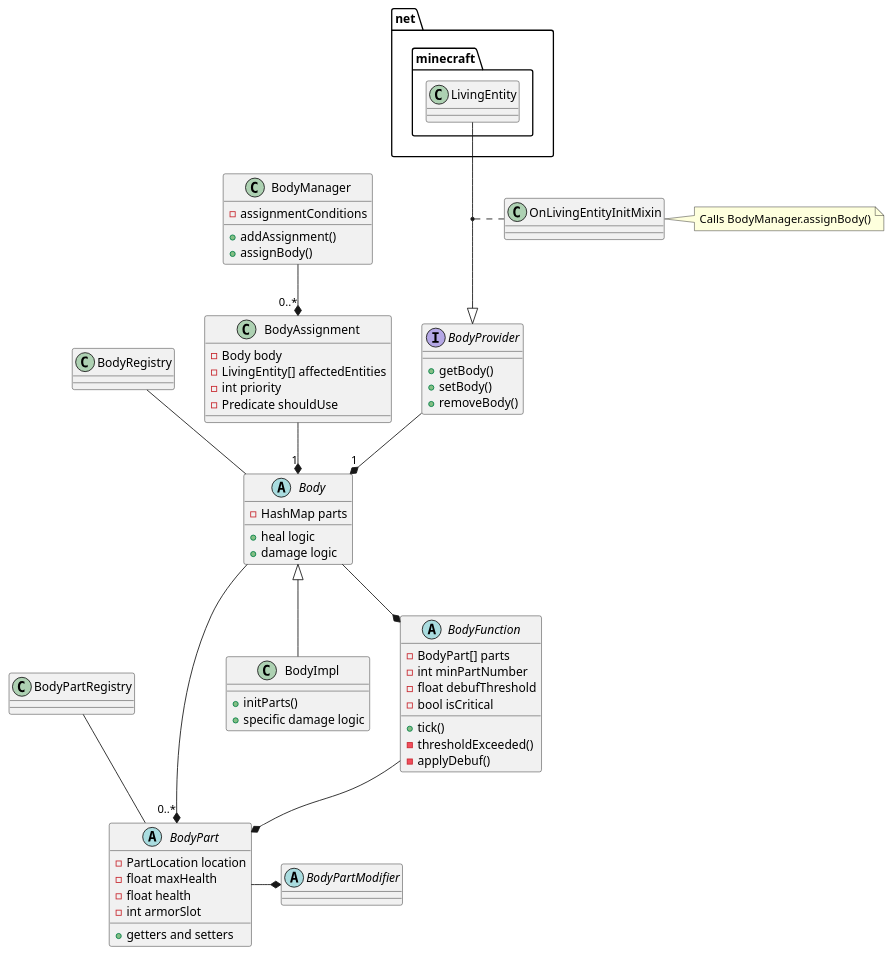
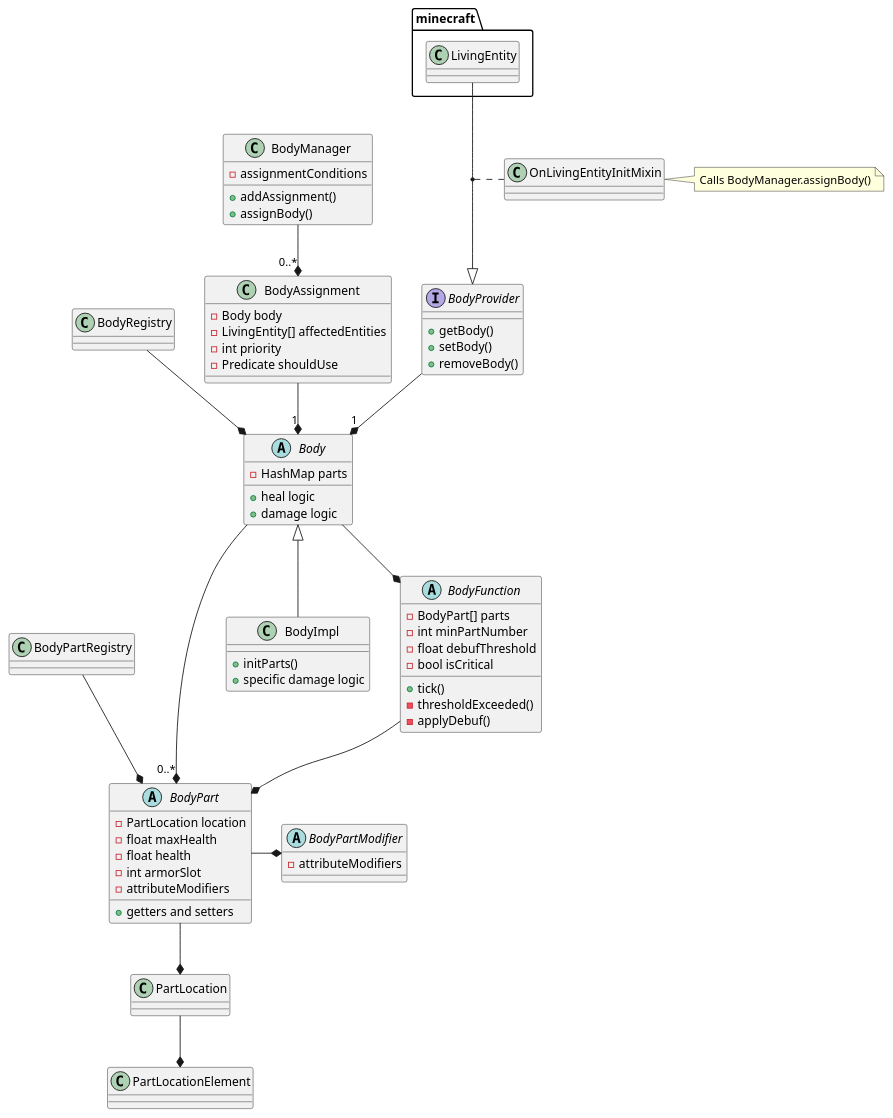
The diagram in docs/uml/dev.puml (SrGnis/Body-Health-System), drawn with PlantUML before and after one commit. The commit also changed 1 other file, not shown here.

```diff
--- a/docs/uml/dev.puml
+++ b/docs/uml/dev.puml
@@ -1,73 +1,81 @@
 @startuml
 'https://plantuml.com/class-diagram
-package net.minecraft{
+package minecraft{
     class LivingEntity
 }
 
 abstract class Body{
     - HashMap parts
     + {method} heal logic
     + {method} damage logic
 }
 class BodyRegistry{
 }
 abstract class BodyPart{
     - PartLocation location
     - float maxHealth
     - float health
     - int armorSlot
+    - attributeModifiers
     + {method}getters and setters
 }
 abstract class BodyPartModifier{
-
+    - attributeModifiers
 }
 class BodyPartRegistry{
 }
 class BodyImpl extends Body{
     + initParts()
     + {method} specific damage logic
 }
 
 class OnLivingEntityInitMixin
 note right: Calls BodyManager.assignBody()
 class BodyManager{
     - assignmentConditions
     + addAssignment()
     + assignBody()
 }
 class BodyAssignment{
     - Body body
     - LivingEntity[] affectedEntities
     - int priority
     - Predicate shouldUse
 }
 interface BodyProvider{
     + getBody()
     + setBody()
     + removeBody()
 }
 abstract class BodyFunction{
     - BodyPart[] parts
     - int minPartNumber
     - float debufThreshold
     - bool isCritical
     + tick()
     - thresholdExceeded()
     - applyDebuf()
 }
 
+class PartLocation{}
+
+class PartLocationElement{}
+
 '-------------------------------------------------------------------------'
 
 BodyManager --* "0..*" BodyAssignment
 BodyAssignment --* "1" Body
 
 Body --* "0..*" BodyPart
 BodyProvider --* "1" Body
 LivingEntity --|> BodyProvider
 (BodyProvider, LivingEntity) ..  OnLivingEntityInitMixin
-BodyRegistry -- Body
-BodyPartRegistry -- BodyPart
+BodyRegistry --* Body
+BodyPartRegistry --* BodyPart
 Body --* BodyFunction
 BodyFunction --* BodyPart
 BodyPart -* BodyPartModifier
+PartLocation --* PartLocationElement
+BodyPart --* PartLocation
+
 @enduml
```
